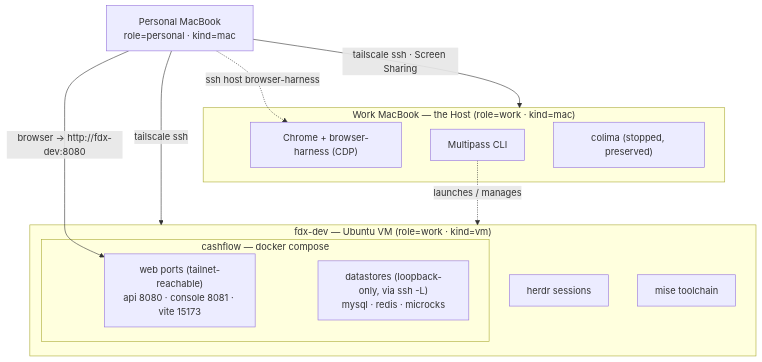
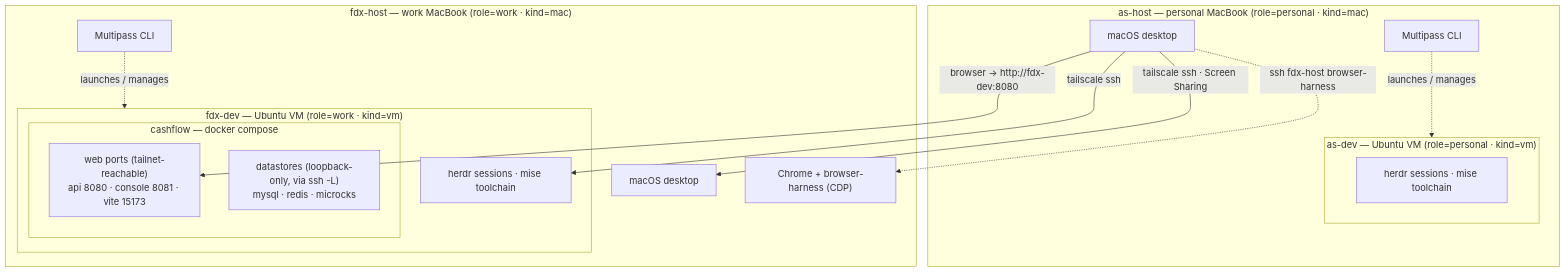
One commit to shahwan42/shdots changed the first of 2 diagrams in README.md. Above: the diagram before and after it, drawn with Mermaid. The commit also changed other lines of this file and 5 other files, not shown here.

````diff
--- a/README.md
+++ b/README.md
@@ -77,25 +92,30 @@
 ```mermaid
 flowchart TB
-  personal["Personal MacBook<br/>role=personal · kind=mac"]
-
-  subgraph host["Work MacBook — the Host (role=work · kind=mac)"]
-    chrome["Chrome + browser-harness (CDP)"]
-    mp["Multipass CLI"]
-    colima["colima (stopped, preserved)"]
-  end
-
-  subgraph vm["fdx-dev — Ubuntu VM (role=work · kind=vm)"]
-    herdr["herdr sessions"]
-    misevm["mise toolchain"]
-    subgraph stack["cashflow — docker compose"]
-      web["web ports (tailnet-reachable)<br/>api 8080 · console 8081 · vite 15173"]
-      data["datastores (loopback-only, via ssh -L)<br/>mysql · redis · microcks"]
+  subgraph ashost["as-host — personal MacBook (role=personal · kind=mac)"]
+    asmac["macOS desktop"]
+    asmp["Multipass CLI"]
+    subgraph asdev["as-dev — Ubuntu VM (role=personal · kind=vm)"]
+      astools["herdr sessions · mise toolchain"]
     end
   end
 
-  personal -->|tailscale ssh| vm
-  personal -->|"tailscale ssh · Screen Sharing"| host
-  personal -->|"browser → http://fdx-dev:8080"| web
-  mp -.->|launches / manages| vm
-  personal -.->|"ssh host browser-harness"| chrome
+  subgraph fdxhost["fdx-host — work MacBook (role=work · kind=mac)"]
+    fdxmac["macOS desktop"]
+    chrome["Chrome + browser-harness (CDP)"]
+    fdxmp["Multipass CLI"]
+    subgraph fdxdev["fdx-dev — Ubuntu VM (role=work · kind=vm)"]
+      fdxtools["herdr sessions · mise toolchain"]
+      subgraph stack["cashflow — docker compose"]
+        web["web ports (tailnet-reachable)<br/>api 8080 · console 8081 · vite 15173"]
+        data["datastores (loopback-only, via ssh -L)<br/>mysql · redis · microcks"]
+      end
+    end
+  end
+
+  asmp -.->|"launches / manages"| asdev
+  fdxmp -.->|"launches / manages"| fdxdev
+  asmac -->|"tailscale ssh · Screen Sharing"| fdxmac
+  asmac -->|"tailscale ssh"| fdxtools
+  asmac -->|"browser → http://fdx-dev:8080"| web
+  asmac -.->|"ssh fdx-host browser-harness"| chrome
 ```
````
